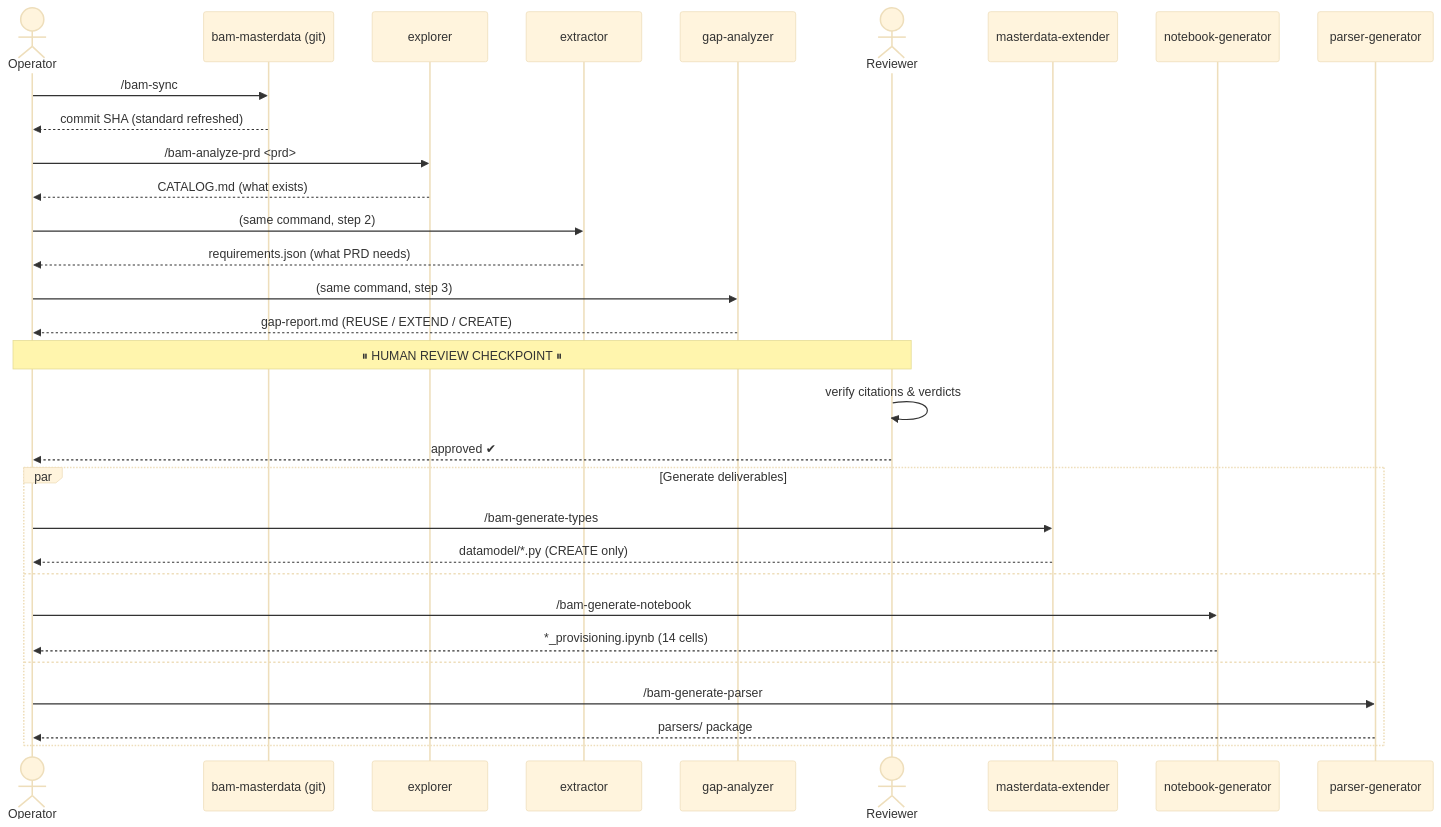
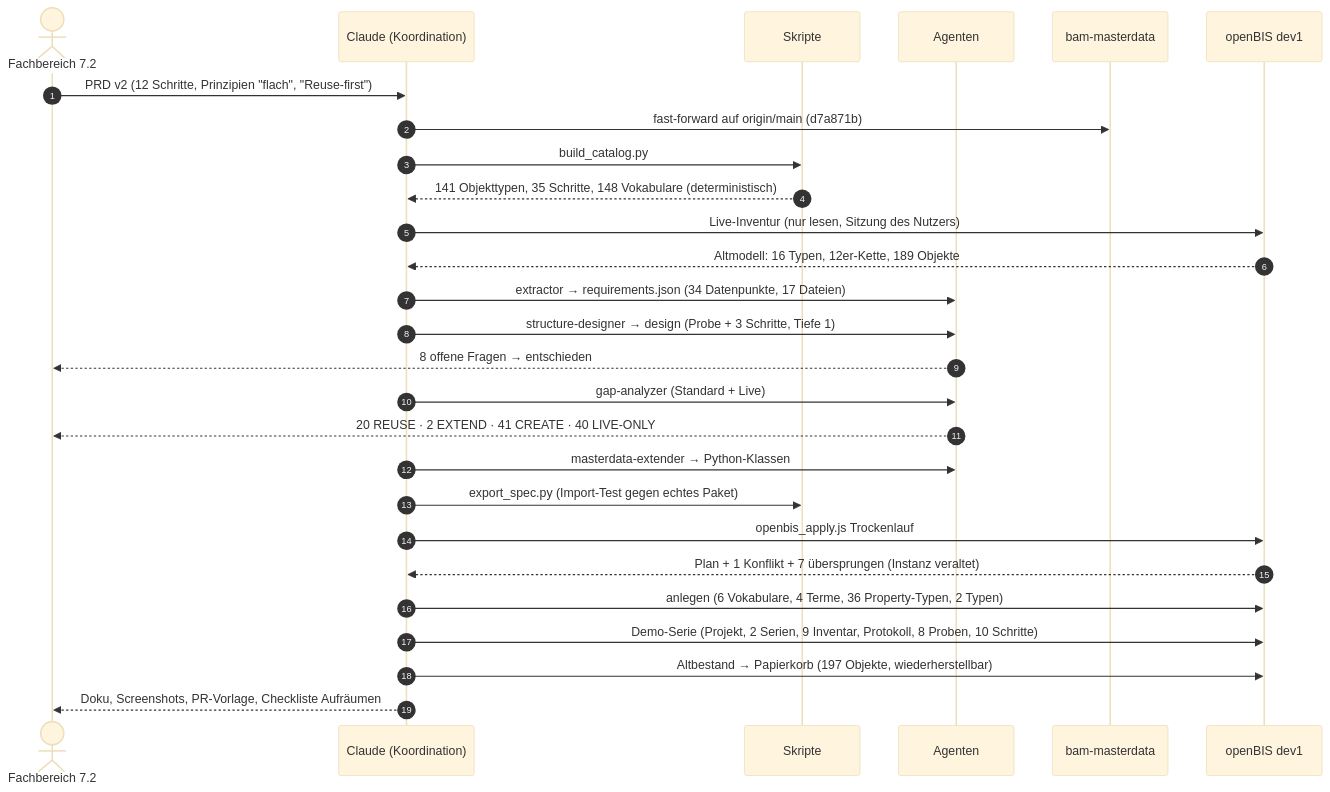
The diagram in presentation/diagrams/03_pipeline_sequence.mmd (PGW-BAM/BAM-Datastore_Import_Agent), drawn with Mermaid before and after one commit. The commit also changed 55 other files, not shown here.

First line of the commit message:
FB 7.2: re-run pipeline with flat openBIS structure (PRD v2)

```diff
--- a/presentation/diagrams/03_pipeline_sequence.mmd
+++ b/presentation/diagrams/03_pipeline_sequence.mmd
@@ -1,36 +1,29 @@
-%%{init: {'theme':'base', 'themeVariables': {'fontSize':'15px'}}}%%
+%%{init: {'theme':'base'}}%%
 sequenceDiagram
-    actor Operator
-    participant Git as bam-masterdata (git)
-    participant EX as explorer
-    participant RE as extractor
-    participant GA as gap-analyzer
-    actor Reviewer
-    participant MX as masterdata-extender
-    participant NB as notebook-generator
-    participant PA as parser-generator
+    autonumber
+    actor FB as Fachbereich 7.2
+    participant CL as Claude (Koordination)
+    participant SK as Skripte
+    participant AG as Agenten
+    participant BM as bam-masterdata
+    participant OB as openBIS dev1
 
-    Operator->>Git: /bam-sync
-    Git-->>Operator: commit SHA (standard refreshed)
-
-    Operator->>EX: /bam-analyze-prd <prd>
-    EX-->>Operator: CATALOG.md (what exists)
-    Operator->>RE: (same command, step 2)
-    RE-->>Operator: requirements.json (what PRD needs)
-    Operator->>GA: (same command, step 3)
-    GA-->>Operator: gap-report.md (REUSE / EXTEND / CREATE)
-
-    Note over Operator,Reviewer: ⏸ HUMAN REVIEW CHECKPOINT ⏸
-    Reviewer->>Reviewer: verify citations & verdicts
-    Reviewer-->>Operator: approved ✔
-
-    par Generate deliverables
-        Operator->>MX: /bam-generate-types
-        MX-->>Operator: datamodel/*.py (CREATE only)
-    and
-        Operator->>NB: /bam-generate-notebook
-        NB-->>Operator: *_provisioning.ipynb (14 cells)
-    and
-        Operator->>PA: /bam-generate-parser
-        PA-->>Operator: parsers/ package
-    end
+    FB->>CL: PRD v2 (12 Schritte, Prinzipien "flach", "Reuse-first")
+    CL->>BM: fast-forward auf origin/main (d7a871b)
+    CL->>SK: build_catalog.py
+    SK-->>CL: 141 Objekttypen, 35 Schritte, 148 Vokabulare (deterministisch)
+    CL->>OB: Live-Inventur (nur lesen, Sitzung des Nutzers)
+    OB-->>CL: Altmodell: 16 Typen, 12er-Kette, 189 Objekte
+    CL->>AG: extractor → requirements.json (34 Datenpunkte, 17 Dateien)
+    CL->>AG: structure-designer → design (Probe + 3 Schritte, Tiefe 1)
+    AG-->>FB: 8 offene Fragen → entschieden
+    CL->>AG: gap-analyzer (Standard + Live)
+    AG-->>FB: 20 REUSE · 2 EXTEND · 41 CREATE · 40 LIVE-ONLY
+    CL->>AG: masterdata-extender → Python-Klassen
+    CL->>SK: export_spec.py (Import-Test gegen echtes Paket)
+    CL->>OB: openbis_apply.js Trockenlauf
+    OB-->>CL: Plan + 1 Konflikt + 7 übersprungen (Instanz veraltet)
+    CL->>OB: anlegen (6 Vokabulare, 4 Terme, 36 Property-Typen, 2 Typen)
+    CL->>OB: Demo-Serie (Projekt, 2 Serien, 9 Inventar, Protokoll, 8 Proben, 10 Schritte)
+    CL->>OB: Altbestand → Papierkorb (197 Objekte, wiederherstellbar)
+    CL-->>FB: Doku, Screenshots, PR-Vorlage, Checkliste Aufräumen
```
